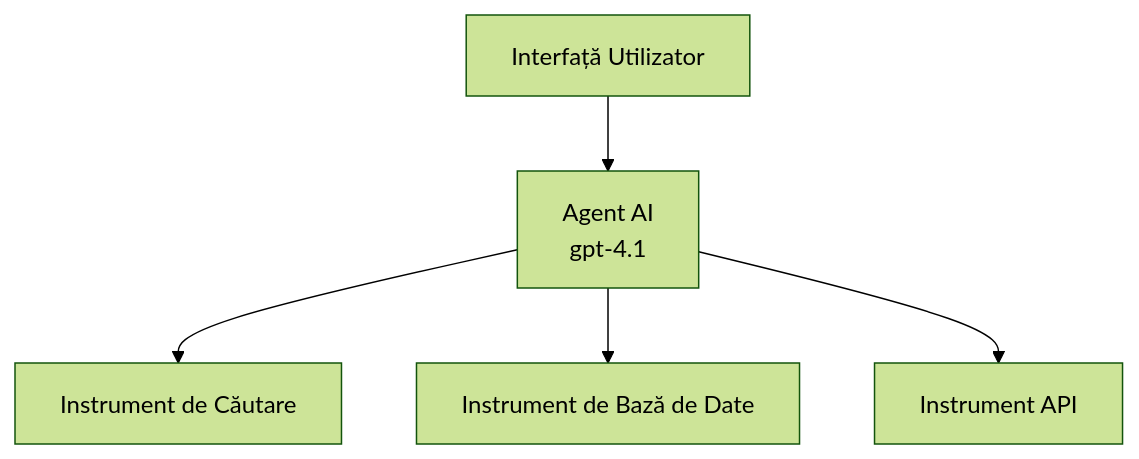
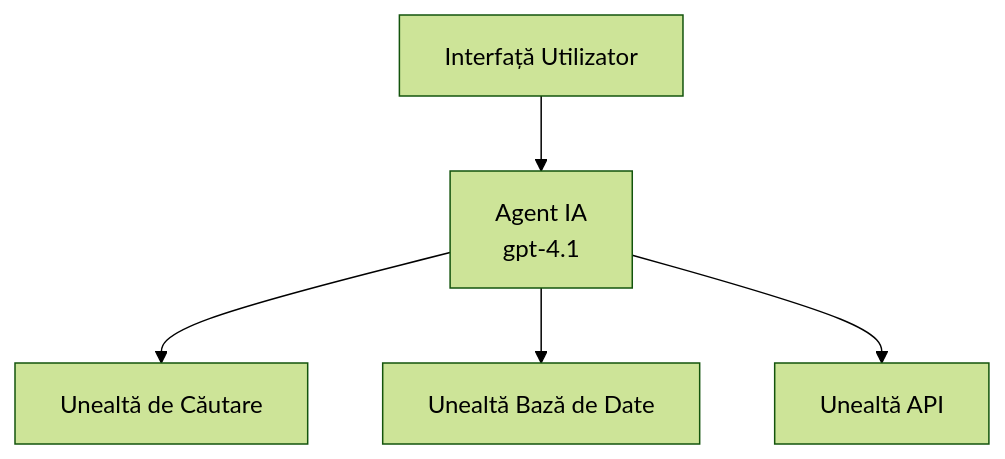
The first of 3 diagrams in translations/ro/docs/chapter-02-ai-development/agents.md (microsoft/AZD-for-beginners), drawn with Mermaid (forest theme) before and after one commit. The commit also changed other lines of this file and 101 other files, not shown here.

````diff
--- a/translations/ro/docs/chapter-02-ai-development/agents.md
+++ b/translations/ro/docs/chapter-02-ai-development/agents.md
@@ -152,7 +157,7 @@
 ```mermaid
 graph TD
-    UI[Interfață Utilizator] --> Agent[Agent AI<br/>gpt-4.1]
-    Agent --> Search[Instrument de Căutare]
-    Agent --> Database[Instrument de Bază de Date]
-    Agent --> API[Instrument API]
+    UI[Interfață Utilizator] --> Agent[Agent IA<br/>gpt-4.1]
+    Agent --> Search[Unealtă de Căutare]
+    Agent --> Database[Unealtă Bază de Date]
+    Agent --> API[Unealtă API]
 ```
````
